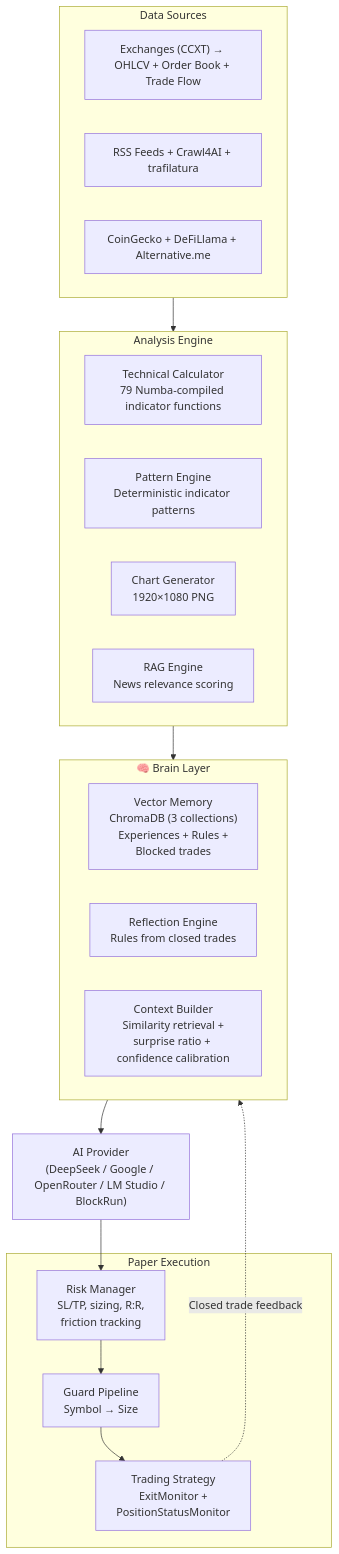
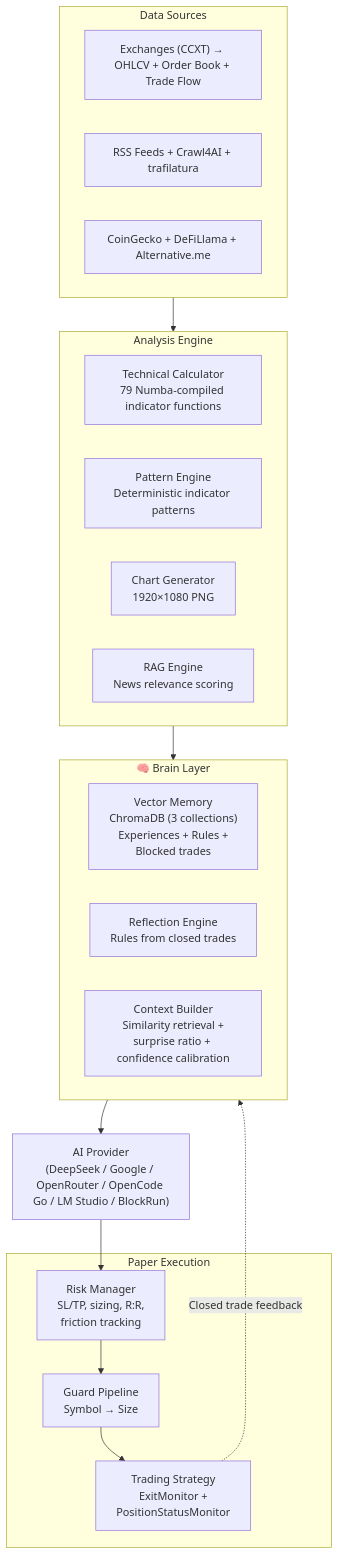
Before and after one commit to qrak/LLM_trader: the diagram in README.md, drawn with Mermaid. The commit also changed other lines of this file and 67 other files, not shown here.

Commit message:
providers: add OpenCode Go wire; lifecycle: explicit state machines and ledger-backed duplicate suppression

````diff
--- a/README.md
+++ b/README.md
@@ -97,29 +97,29 @@
 ```mermaid
 flowchart TB
     subgraph Data["Data Sources"]
         EX["Exchanges (CCXT) → OHLCV + Order Book + Trade Flow"]
         NEWS["RSS Feeds + Crawl4AI + trafilatura"]
         FUND["CoinGecko + DeFiLlama + Alternative.me"]
     end
     subgraph Analysis["Analysis Engine"]
         TC["Technical Calculator<br/>79 Numba-compiled indicator functions"]
         PE["Pattern Engine<br/>Deterministic indicator patterns"]
         CG["Chart Generator<br/>1920×1080 PNG"]
         RAG["RAG Engine<br/>News relevance scoring"]
     end
     subgraph Brain["🧠 Brain Layer"]
         VM["Vector Memory<br/>ChromaDB (3 collections)<br/>Experiences + Rules +<br/>Blocked trades"]
         REFL["Reflection Engine<br/>Rules from closed trades"]
         CTX["Context Builder<br/>Similarity retrieval +<br/>surprise ratio + confidence calibration"]
     end
     subgraph Execution["Paper Execution"]
         RP["Risk Manager<br/>SL/TP, sizing, R:R,<br/>friction tracking"]
         GP["Guard Pipeline<br/>Symbol → Size"]
         STRAT["Trading Strategy<br/>ExitMonitor +<br/>PositionStatusMonitor"]
     end
     Data --> Analysis
     Analysis --> Brain
-    Brain --> AI["AI Provider<br/>(DeepSeek / Google / OpenRouter / LM Studio / BlockRun)"]
+    Brain --> AI["AI Provider<br/>(DeepSeek / Google / OpenRouter / OpenCode Go / LM Studio / BlockRun)"]
     AI --> RP --> GP --> STRAT
     STRAT -.->|Closed trade feedback| Brain
 ```
````
